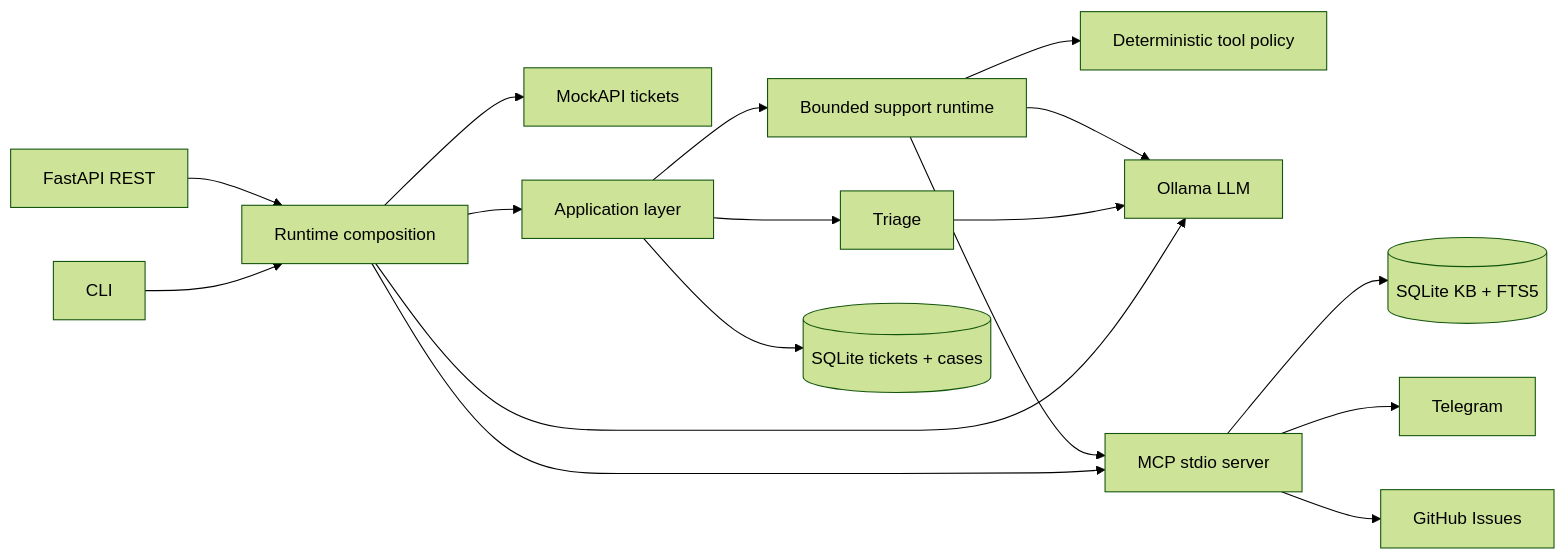
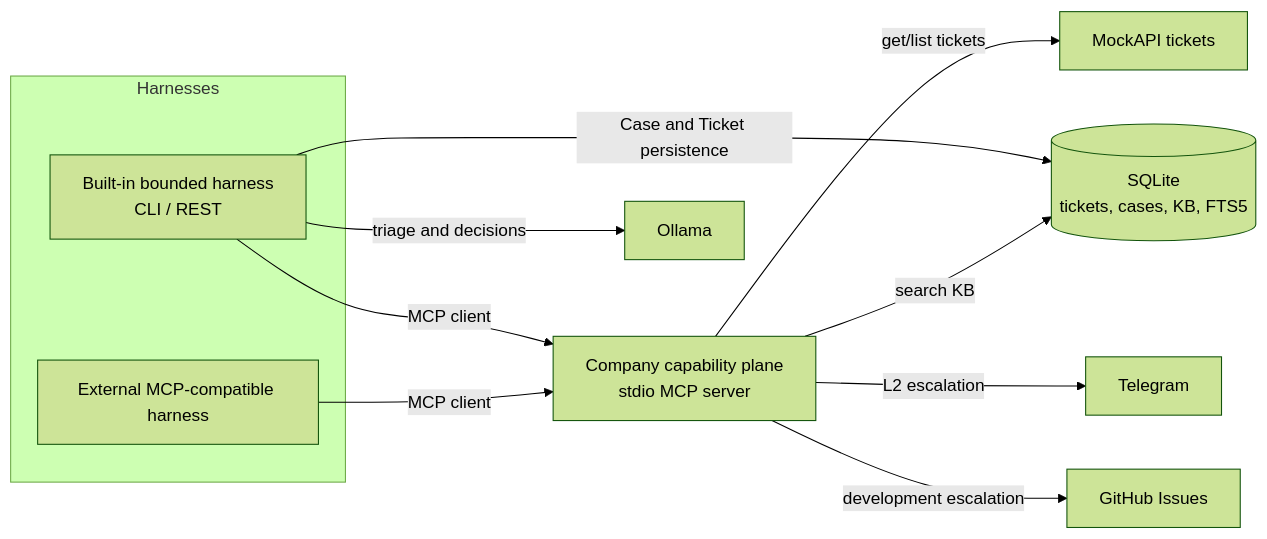
One commit to rddwnn/l1-support-agent changed the first of 3 diagrams in README.md. Above: the diagram before and after it, drawn with Mermaid (forest theme). The commit also changed other lines of this file and 4 other files, not shown here.

Commit message:
docs: clarify harness and capability architecture

````diff
--- a/README.md
+++ b/README.md
@@ -24,34 +26,23 @@
 ```mermaid
 flowchart LR
+    subgraph Harnesses
+        BuiltIn[Built-in bounded harness<br/>CLI / REST]
+        External[External MCP-compatible harness]
+    end
+
+    MCP[Company capability plane<br/>stdio MCP server]
+    Ollama[Ollama]
+    DB[(SQLite<br/>tickets, cases, KB, FTS5)]
     MockAPI[MockAPI tickets]
-    CLI[CLI]
-    REST[FastAPI REST]
-    Compose[Runtime composition]
-    UseCase[Application layer]
-    Triage[Triage]
-    Agent[Bounded support runtime]
-    Policy[Deterministic tool policy]
-    Ollama[Ollama LLM]
-    MCP[MCP stdio server]
-    KB[(SQLite KB + FTS5)]
     Telegram[Telegram]
     GitHub[GitHub Issues]
-    Store[(SQLite tickets + cases)]
 
-    CLI --> Compose
-    REST --> Compose
-    Compose --> MockAPI
-    Compose --> Ollama
-    Compose --> MCP
-    Compose --> UseCase
-    UseCase --> Triage
-    UseCase --> Agent
-    UseCase --> Store
-    Triage --> Ollama
-    Agent --> Ollama
-    Agent --> Policy
-    Agent --> MCP
-    MCP --> KB
-    MCP --> Telegram
-    MCP --> GitHub
+    BuiltIn -->|MCP client| MCP
+    External -->|MCP client| MCP
+    BuiltIn -->|triage and decisions| Ollama
+    BuiltIn -->|Case and Ticket persistence| DB
+    MCP -->|get/list tickets| MockAPI
+    MCP -->|search KB| DB
+    MCP -->|L2 escalation| Telegram
+    MCP -->|development escalation| GitHub
 ```
````
